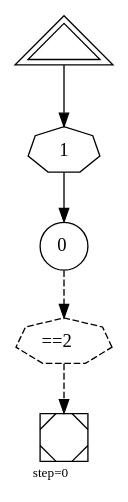
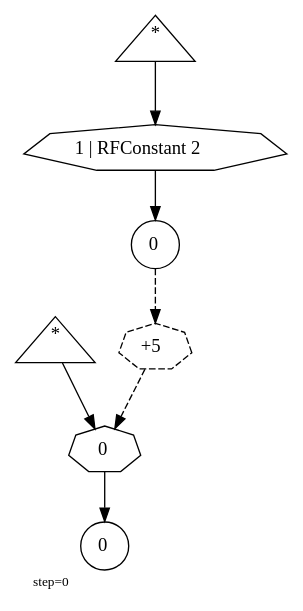
Before and after one commit to abarbu/machinations: the diagram in ours/101-connections/0020.dot, drawn with Graphviz. The commit also changed 200 other files, not shown here.

```diff
--- a/ours/101-connections/0020.dot
+++ b/ours/101-connections/0020.dot
@@ -1,12 +1,16 @@
 digraph {
   graph  [labelloc=bottom,labeljust=left,fontsize="10",label="step=0"];
-  "6005" [shape=circle,peripheries="1",label=<0>,labelfontcolor=black,color=black];
-  "6006" [shape=Msquare,peripheries="1",label="",labelfontcolor=black,color=black];
-  "6016" [shape=triangle,peripheries="2",label="",labelfontcolor=black,color=black];
-  "6017" [label=<1>,peripheries="1",color=black,shape=septagon];
-  "6016" -> "6017" [color=black];
-  "6017" -> "6005" [color=black];
-  "6007" [label=<==2>,peripheries="1",color=black,style=dashed,shape=septagon];
-  "6005" -> "6007" [style=dashed,color=black];
-  "6007" -> "6006" [style=dashed,color=black];
+  "152" [shape=triangle,peripheries="1",label=<<SUP>*</SUP>>,labelfontcolor=black,color=black];
+  "153" [shape=triangle,peripheries="1",label=<<SUP>*</SUP>>,labelfontcolor=black,color=black];
+  "154" [shape=circle,peripheries="1",label=<0>,labelfontcolor=black,color=black];
+  "156" [shape=circle,peripheries="1",label=<0>,labelfontcolor=black,color=black];
+  "155" [label=<1 | RFConstant 2>,peripheries="1",color=black,shape=septagon];
+  "153" -> "155" [color=black];
+  "155" -> "154" [color=black];
+  "157" [label=<0>,peripheries="1",color=black,shape=septagon];
+  "152" -> "157" [color=black];
+  "157" -> "156" [color=black];
+  "158" [label=<+5>,peripheries="1",color=black,style=dashed,shape=septagon];
+  "154" -> "158" [style=dashed,color=black];
+  "158" -> "157" [style=dashed,color=black];
 }
```
